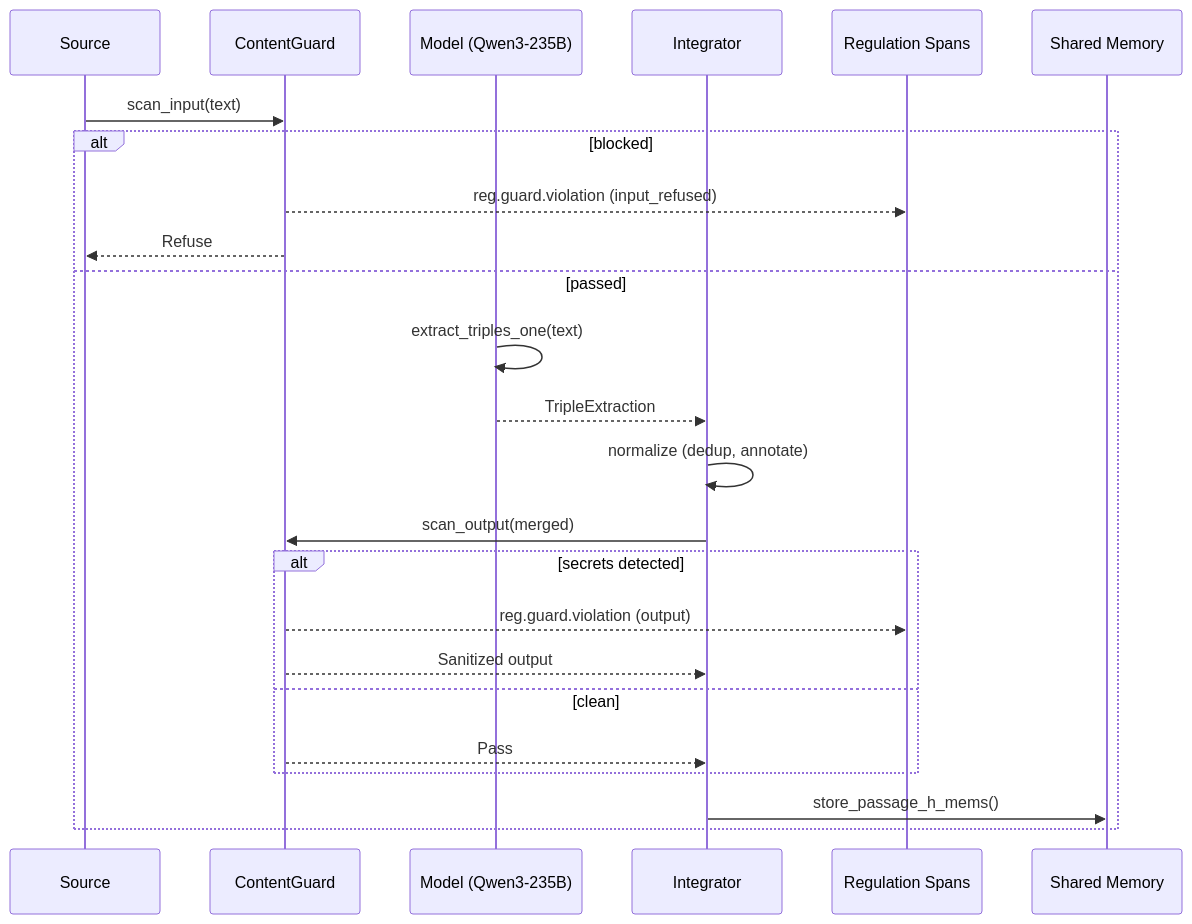
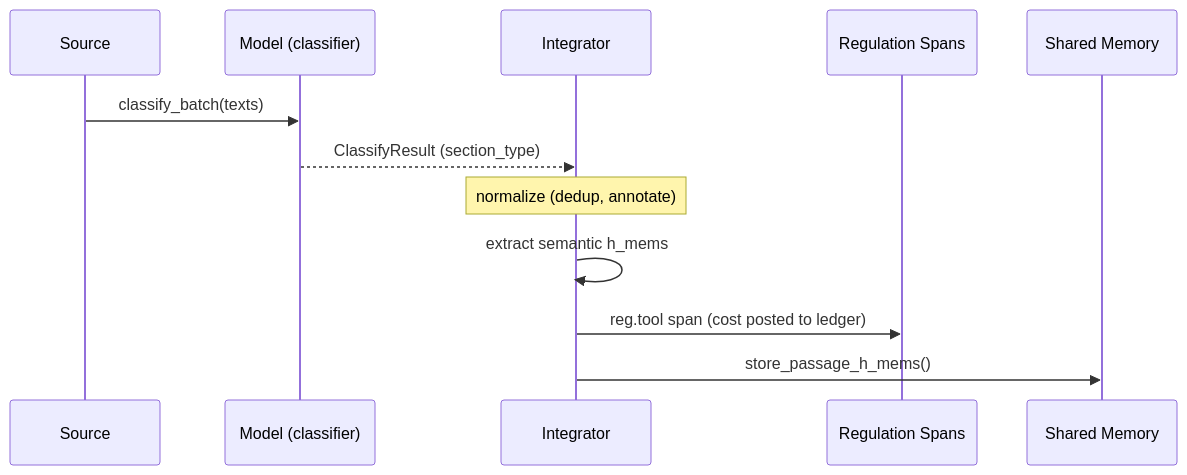
One commit to mdz-axo/zed-kask changed the seventh of 8 diagrams in kask/docs/explanation/cognition-and-replica.md. Above: the diagram before and after it, drawn with Mermaid. The commit also changed other lines of this file and 39 other files, not shown here.

````diff
--- a/kask/docs/explanation/cognition-and-replica.md
+++ b/kask/docs/explanation/cognition-and-replica.md
@@ -762,30 +764,15 @@
 ```mermaid
 sequenceDiagram
     participant S as Source
-    participant G as ContentGuard
-    participant M as Model (Qwen3-235B)
+    participant M as Model (classifier)
     participant I as Integrator
     participant Regulation as Regulation Spans
     participant Memory as Shared Memory
 
-    S->>G: scan_input(text)
-    alt blocked
-        G-->>Regulation: reg.guard.violation (input_refused)
-        G-->>S: Refuse
-    else passed
-        M->>M: extract_triples_one(text)
-        M-->>I: TripleExtraction
-
-        I->>I: normalize (dedup, annotate)
-
-        I->>G: scan_output(merged)
-        alt secrets detected
-            G-->>Regulation: reg.guard.violation (output)
-            G-->>I: Sanitized output
-        else clean
-            G-->>I: Pass
-        end
-
-        I->>Memory: store_passage_h_mems()
-    end
+    S->>M: classify_batch(texts)
+    M-->>I: ClassifyResult (section_type)
+    Note over I: normalize (dedup, annotate)
+    I->>I: extract semantic h_mems
+    I->>Regulation: reg.tool span (cost posted to ledger)
+    I->>Memory: store_passage_h_mems()
 ```
````
